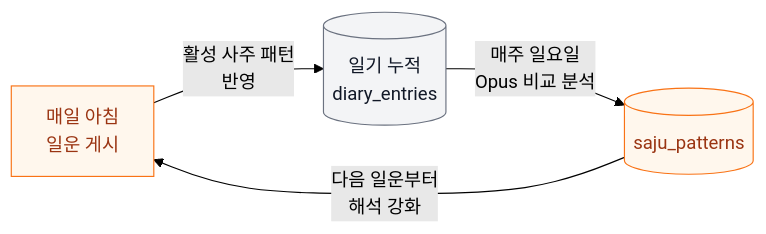
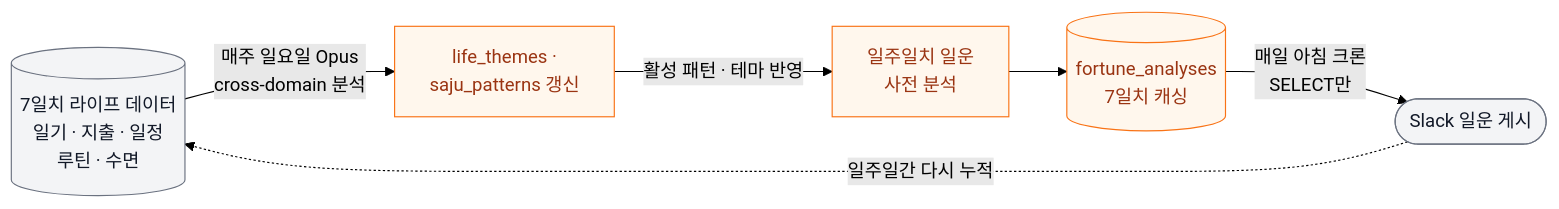
One commit to hyewon3938/slack-ai-agents changed the third of 3 diagrams in README.md. Above: the diagram before and after it, drawn with Mermaid (forest theme).

Commit message:
docs(readme): 일기·사주 강화 루프 다이어그램 흐름 보정
매일 LLM 분석이 아니라 주간 1회 사전 분석 → 매일 발송 구조로
정정. 28일 cross-domain 윈도우(일기·지출·일정·루틴·수면) +
weekly-saju-review · weekly-fortune 두 routine 흐름 명시,
매일 크론은 SELECT만 한다는 점을 화살표 라벨로 강조.

````diff
--- a/README.md
+++ b/README.md
@@ -172,11 +172,14 @@
 ```mermaid
 graph LR
-    F[매일 아침<br/>일운 게시] -->|활성 사주 패턴<br/>반영| D[(일기 누적<br/>diary_entries)]
-    D -->|매주 일요일<br/>Opus 비교 분석| SP[(saju_patterns)]
-    SP -->|다음 일운부터<br/>해석 강화| F
+    D[(7일치 라이프 데이터<br/>일기 · 지출 · 일정<br/>루틴 · 수면)]
+    D -->|매주 일요일 Opus<br/>cross-domain 분석| W1[life_themes ·<br/>saju_patterns 갱신]
+    W1 -->|활성 패턴 · 테마 반영| W2[일주일치 일운<br/>사전 분석]
+    W2 --> FA[(fortune_analyses<br/>7일치 캐싱)]
+    FA -->|매일 아침 크론<br/>SELECT만| O([Slack 일운 게시])
+    O -. 일주일간 다시 누적 .-> D
 
     classDef io fill:#f3f4f6,stroke:#6b7280,color:#111827
     classDef loop fill:#fff7ed,stroke:#f97316,color:#9a3412
-    class D io
-    class F,SP loop
+    class D,O io
+    class W1,W2,FA loop
 ```
````
